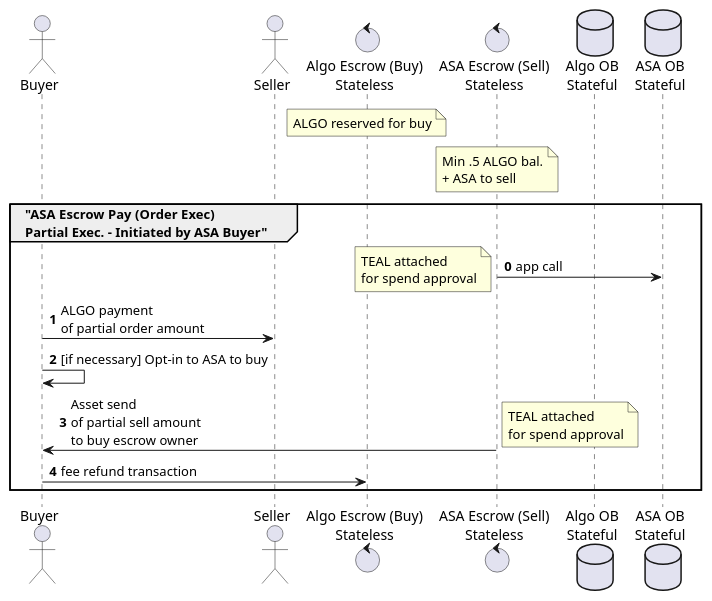
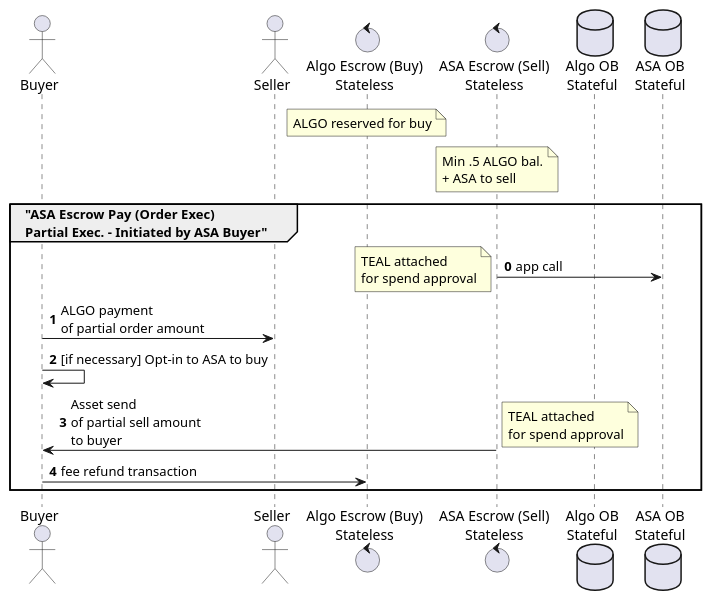
One commit to algodex/algodex-architecture changed the diagram in diagrams/asa_escrow_execute_partial.puml. Above: the diagram before and after it, drawn with PlantUML. The commit also changed 3 other files, not shown here.

Commit message:
Diagram fixes

```diff
--- a/diagrams/asa_escrow_execute_partial.puml
+++ b/diagrams/asa_escrow_execute_partial.puml
@@ -1,22 +1,22 @@
 @startuml
 actor Buyer
 actor Seller
 control "Algo Escrow (Buy)\nStateless" as AlgoEscrow
 control "ASA Escrow (Sell)\nStateless" as ASAEscrow
 database "Algo OB\nStateful" as AlgoOB
 database "ASA OB\nStateful" as ASAOB
 note over AlgoEscrow: ALGO reserved for buy
 note over ASAEscrow: Min .5 ALGO bal.\n+ ASA to sell
 
 group "ASA Escrow Pay (Order Exec)\nPartial Exec. - Initiated by ASA Buyer"
 autonumber 0
 ASAEscrow -> ASAOB: app call
 note left: TEAL attached\nfor spend approval
 Buyer -> Seller: ALGO payment\nof partial order amount
 Buyer -> Buyer: [if necessary] Opt-in to ASA to buy
-ASAEscrow -> Buyer: Asset send\nof partial sell amount\nto buy escrow owner
+ASAEscrow -> Buyer: Asset send\nof partial sell amount\nto buyer
 note right: TEAL attached\nfor spend approval
 Buyer -> AlgoEscrow: fee refund transaction
 end
 
 @enduml
```
